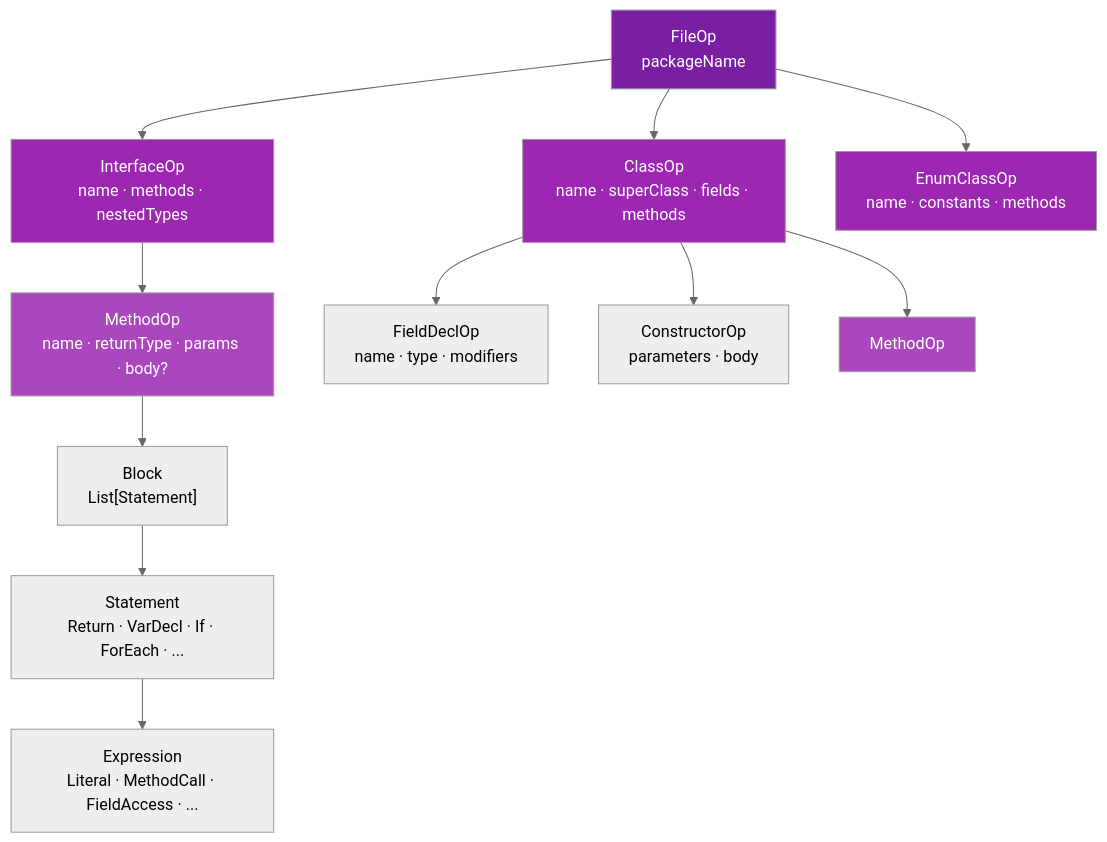
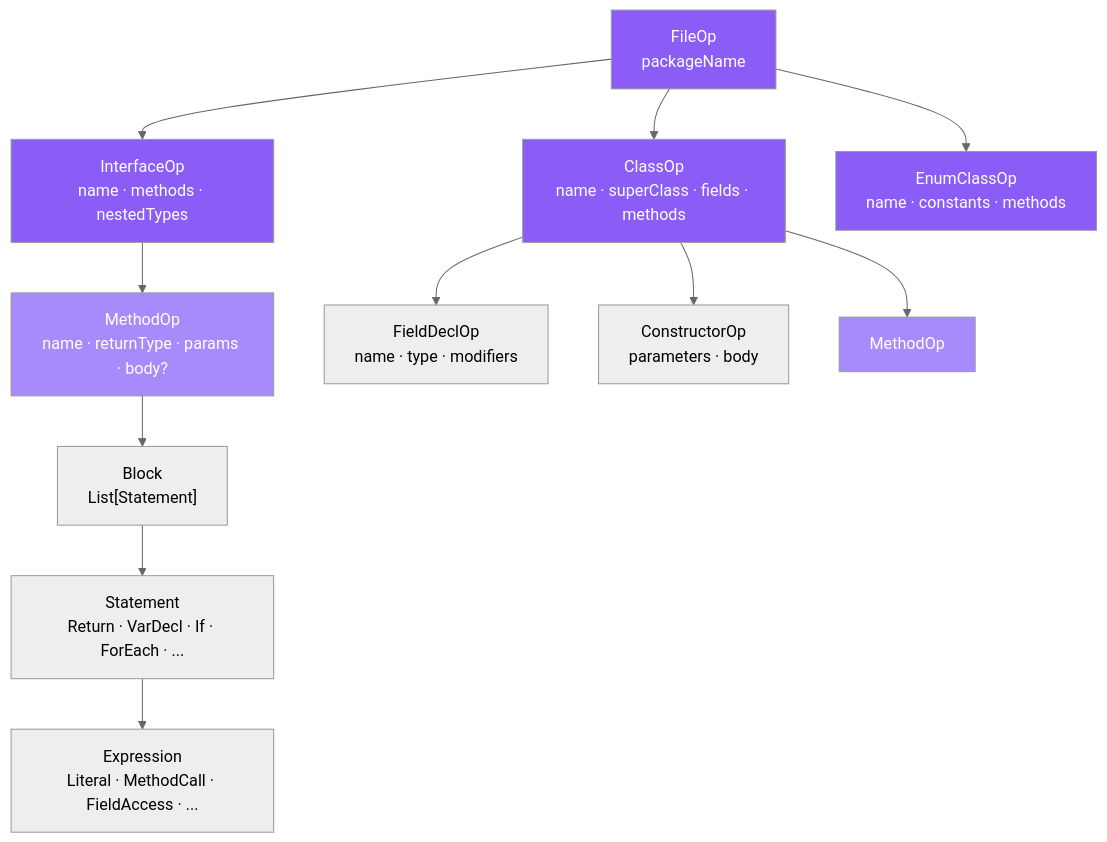
The ninth of 12 diagrams in docs/ARCHITECTURE.md (alnovis/ircraft), drawn with Mermaid (neutral theme) before and after one commit. The commit also changed other lines of this file and 53 other files, not shown here.

First line of the commit message:
refactor(core): two-level Operation architecture with regions as source of truth

````diff
--- a/docs/ARCHITECTURE.md
+++ b/docs/ARCHITECTURE.md
@@ -149,20 +343,20 @@
 ```mermaid
 flowchart TB
     FILE["FileOp\npackageName"] --> IF["InterfaceOp\nname · methods · nestedTypes"]
     FILE --> CLS["ClassOp\nname · superClass · fields · methods"]
     FILE --> ENUM["EnumClassOp\nname · constants · methods"]
     CLS --> FLD["FieldDeclOp\nname · type · modifiers"]
     CLS --> CTOR["ConstructorOp\nparameters · body"]
     IF --> MTH["MethodOp\nname · returnType · params · body?"]
     CLS --> MTH2["MethodOp"]
     MTH --> BODY["Block\nList[Statement]"]
     BODY --> STMT["Statement\nReturn · VarDecl · If · ForEach · ..."]
     STMT --> EXPR["Expression\nLiteral · MethodCall · FieldAccess · ..."]
 
-    style FILE fill:#7b1fa2,color:#fff
-    style IF fill:#9c27b0,color:#fff
-    style CLS fill:#9c27b0,color:#fff
-    style ENUM fill:#9c27b0,color:#fff
-    style MTH fill:#ab47bc,color:#fff
-    style MTH2 fill:#ab47bc,color:#fff
+    style FILE fill:#8b5cf6,color:#fff
+    style IF fill:#8b5cf6,color:#fff
+    style CLS fill:#8b5cf6,color:#fff
+    style ENUM fill:#8b5cf6,color:#fff
+    style MTH fill:#a78bfa,color:#fff
+    style MTH2 fill:#a78bfa,color:#fff
 ```
````
